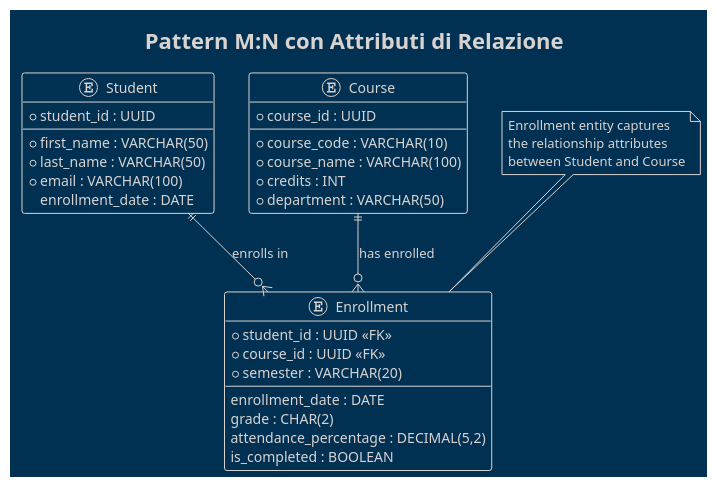
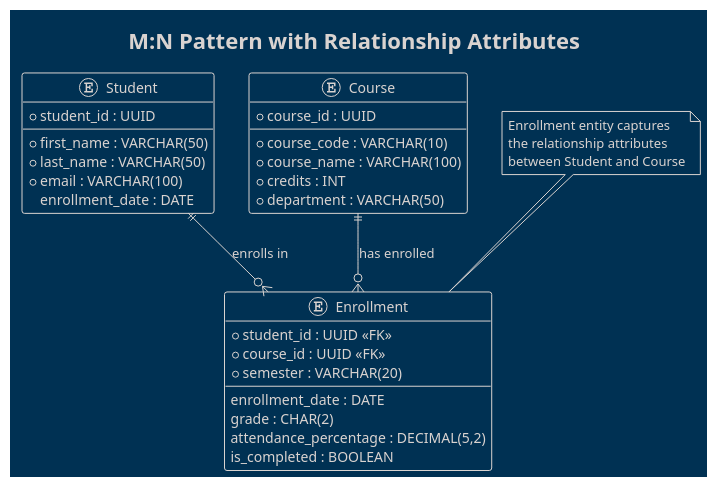
Diagram 13 of 26 in 05-database-design/er-diagram/README.md (Seniorsimo/sas-template), drawn with PlantUML before and after one commit. The commit also changed other lines of this file and 49 other files, not shown here.

````diff
--- a/05-database-design/er-diagram/README.md
+++ b/05-database-design/er-diagram/README.md
@@ -250,40 +250,40 @@
 ```plantuml
 @startuml
 !theme blueprint
-title Pattern M:N con Attributi di Relazione
+title M:N Pattern with Relationship Attributes
 
 entity Student {
   * student_id : UUID
   --
   * first_name : VARCHAR(50)
   * last_name : VARCHAR(50)
   * email : VARCHAR(100)
   enrollment_date : DATE
 }
 
 entity Course {
   * course_id : UUID
   --
   * course_code : VARCHAR(10)
   * course_name : VARCHAR(100)
   * credits : INT
   * department : VARCHAR(50)
 }
 
 entity Enrollment {
   * student_id : UUID <<FK>>
   * course_id : UUID <<FK>>
   * semester : VARCHAR(20)
   --
   enrollment_date : DATE
   grade : CHAR(2)
   attendance_percentage : DECIMAL(5,2)
   is_completed : BOOLEAN
 }
 
 Student ||--o{ Enrollment : "enrolls in"
 Course ||--o{ Enrollment : "has enrolled"
 
 note top of Enrollment : Enrollment entity captures\nthe relationship attributes\nbetween Student and Course
 @enduml
 ```
````
